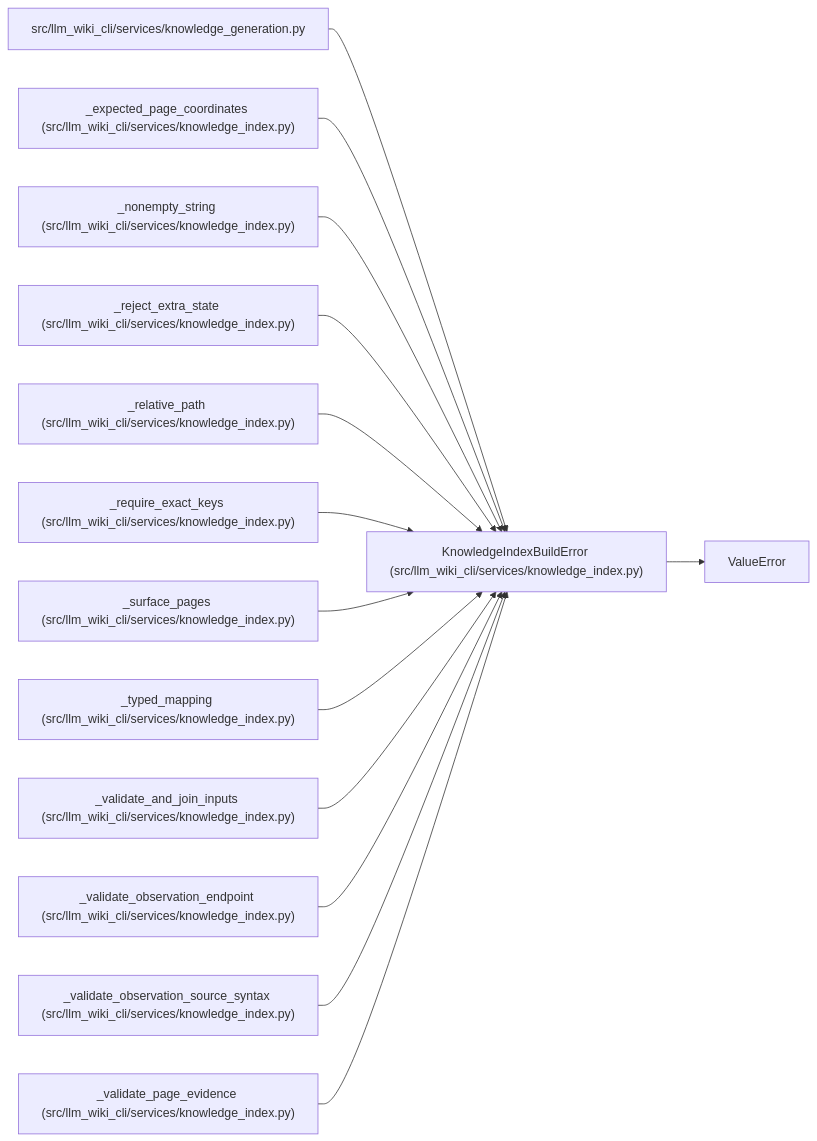
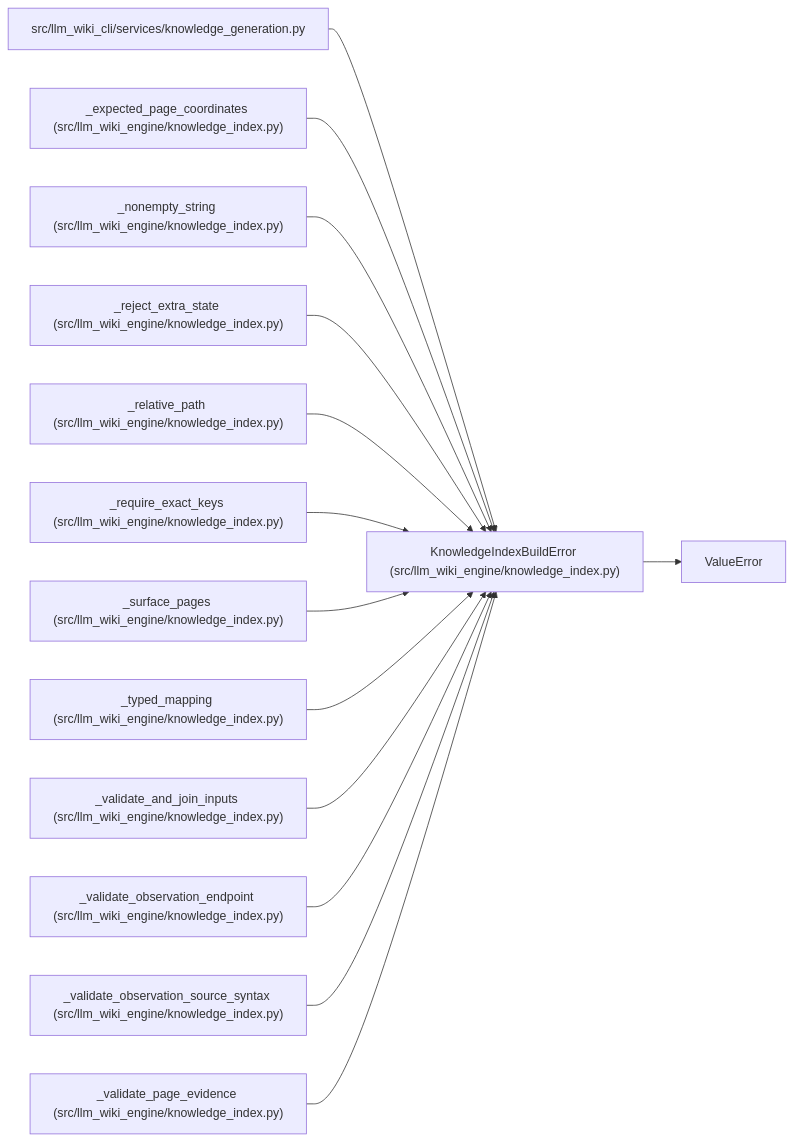
The diagram in docs/llm_wiki/entities/KnowledgeIndexBuildError.md (Denissvgn/python-wiki-llm), drawn with Mermaid before and after one commit. The commit also changed other lines of this file and 1058 other files, not shown here.

First line of the commit message:
docs: refresh the wiki for the knowledge store move

````diff
--- a/docs/llm_wiki/entities/KnowledgeIndexBuildError.md
+++ b/docs/llm_wiki/entities/KnowledgeIndexBuildError.md
@@ -25,43 +25,43 @@
 ```mermaid
 flowchart LR
-    n0["KnowledgeIndexBuildError (src/llm_wiki_cli/services/knowledge_index.py)"]
+    n0["KnowledgeIndexBuildError (src/llm_wiki_engine/knowledge_index.py)"]
     n1["ValueError"]
     n2["src/llm_wiki_cli/services/knowledge_generation.py"]
-    n3["_expected_page_coordinates (src/llm_wiki_cli/services/knowledge_index.py)"]
-    n4["_nonempty_string (src/llm_wiki_cli/services/knowledge_index.py)"]
-    n5["_reject_extra_state (src/llm_wiki_cli/services/knowledge_index.py)"]
-    n6["_relative_path (src/llm_wiki_cli/services/knowledge_index.py)"]
-    n7["_require_exact_keys (src/llm_wiki_cli/services/knowledge_index.py)"]
-    n8["_surface_pages (src/llm_wiki_cli/services/knowledge_index.py)"]
-    n9["_typed_mapping (src/llm_wiki_cli/services/knowledge_index.py)"]
-    n10["_validate_and_join_inputs (src/llm_wiki_cli/services/knowledge_index.py)"]
-    n11["_validate_observation_endpoint (src/llm_wiki_cli/services/knowledge_index.py)"]
-    n12["_validate_observation_source_syntax (src/llm_wiki_cli/services/knowledge_index.py)"]
-    n13["_validate_page_evidence (src/llm_wiki_cli/services/knowledge_index.py)"]
+    n3["_expected_page_coordinates (src/llm_wiki_engine/knowledge_index.py)"]
+    n4["_nonempty_string (src/llm_wiki_engine/knowledge_index.py)"]
+    n5["_reject_extra_state (src/llm_wiki_engine/knowledge_index.py)"]
+    n6["_relative_path (src/llm_wiki_engine/knowledge_index.py)"]
+    n7["_require_exact_keys (src/llm_wiki_engine/knowledge_index.py)"]
+    n8["_surface_pages (src/llm_wiki_engine/knowledge_index.py)"]
+    n9["_typed_mapping (src/llm_wiki_engine/knowledge_index.py)"]
+    n10["_validate_and_join_inputs (src/llm_wiki_engine/knowledge_index.py)"]
+    n11["_validate_observation_endpoint (src/llm_wiki_engine/knowledge_index.py)"]
+    n12["_validate_observation_source_syntax (src/llm_wiki_engine/knowledge_index.py)"]
+    n13["_validate_page_evidence (src/llm_wiki_engine/knowledge_index.py)"]
     n0 --> n1
     n2 --> n0
     n3 --> n0
     n4 --> n0
     n5 --> n0
     n6 --> n0
     n7 --> n0
     n8 --> n0
     n9 --> n0
     n10 --> n0
     n11 --> n0
     n12 --> n0
     n13 --> n0
     click n0 "../modules/knowledge_index.md"
     click n2 "../modules/knowledge_generation.md"
     click n3 "../modules/knowledge_index.md"
     click n4 "../modules/knowledge_index.md"
     click n5 "../modules/knowledge_index.md"
     click n6 "../modules/knowledge_index.md"
     click n7 "../modules/knowledge_index.md"
     click n8 "../modules/knowledge_index.md"
     click n9 "../modules/knowledge_index.md"
     click n10 "../modules/knowledge_index.md"
     click n11 "../modules/knowledge_index.md"
     click n12 "../modules/knowledge_index.md"
     click n13 "../modules/knowledge_index.md"
 ```
````
